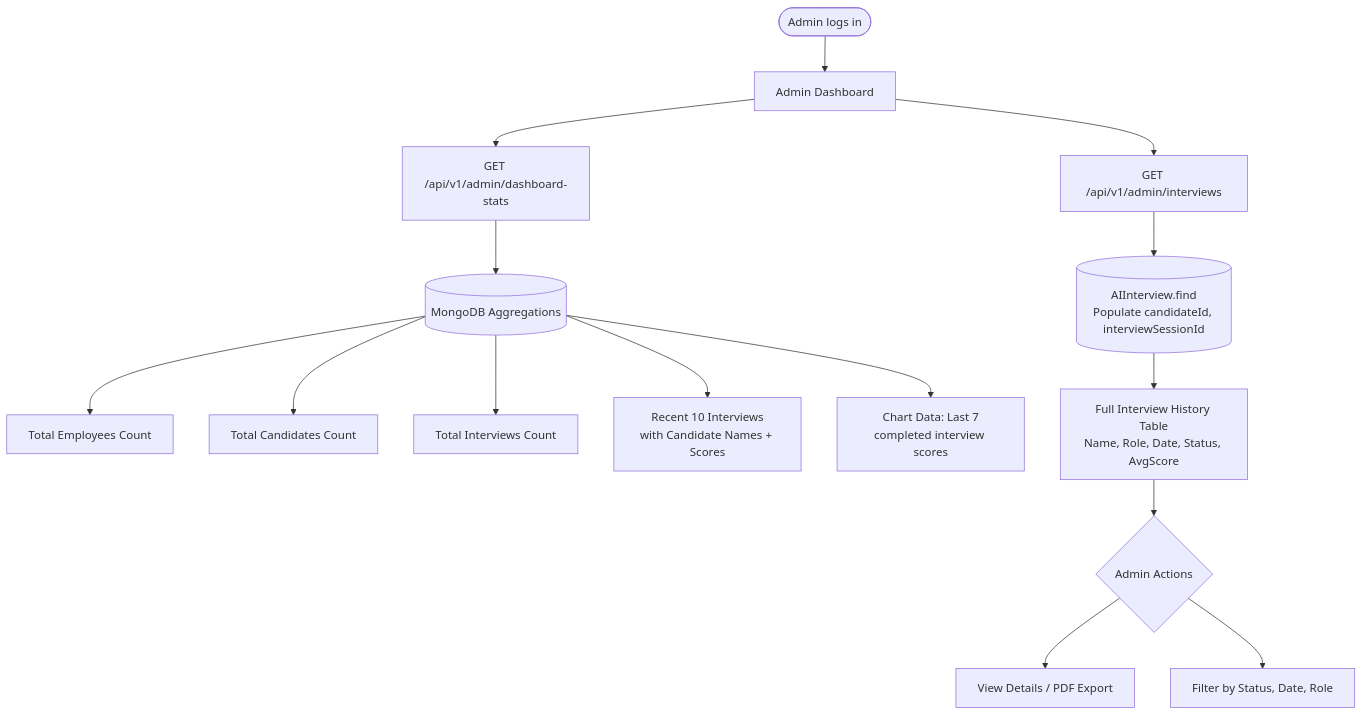
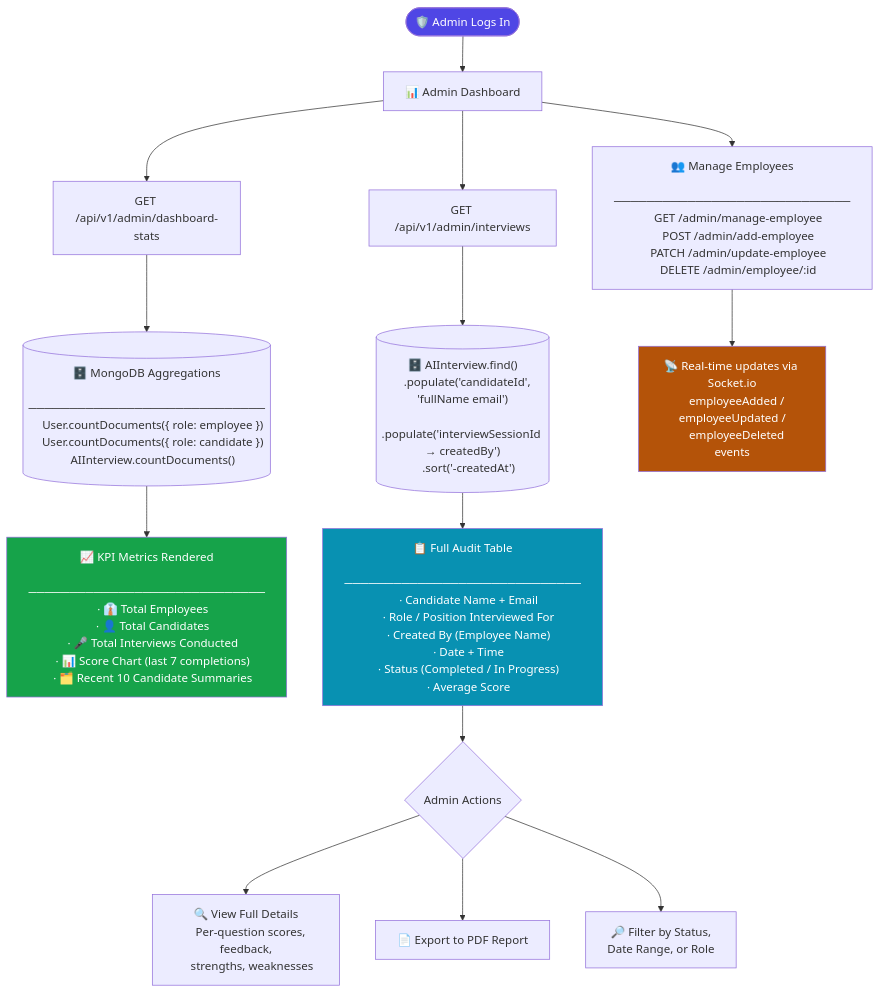
Before and after one commit to Final-Year-Project-UCP/VIRQA-Project: the tenth of 11 diagrams in VIRQA_AI_Flow_Diagram.md, drawn with Mermaid. The commit also changed other lines of this file and 42 other files, not shown here.

````diff
--- a/VIRQA_AI_Flow_Diagram.md
+++ b/VIRQA_AI_Flow_Diagram.md
@@ -223,19 +727,60 @@
 ```mermaid
 flowchart TD
-    A([Admin logs in]) --> B[Admin Dashboard]
-    B --> C["GET /api/v1/admin/dashboard-stats"]
-    C --> D[(MongoDB Aggregations)]
-    D --> E[Total Employees Count]
-    D --> F[Total Candidates Count]
-    D --> G[Total Interviews Count]
-    D --> H[Recent 10 Interviews\nwith Candidate Names + Scores]
-    D --> I[Chart Data: Last 7\ncompleted interview scores]
+    START(["🛡️ Admin Logs In"]) --> DASH
 
-    B --> J["GET /api/v1/admin/interviews"]
-    J --> K[(AIInterview.find\nPopulate candidateId, interviewSessionId)]
-    K --> L[Full Interview History Table\nName, Role, Date, Status, AvgScore]
+    DASH["📊 Admin Dashboard"]
 
-    L --> M{Admin Actions}
-    M --> N[View Details / PDF Export]
-    M --> O[Filter by Status, Date, Role]
+    DASH --> STATS_API["GET /api/v1/admin/dashboard-stats"]
+    STATS_API --> STATS_DB[("🗄️ MongoDB Aggregations
+    ─────────────────────────────
+    User.countDocuments({ role: employee })
+    User.countDocuments({ role: candidate })
+    AIInterview.countDocuments()")]
+
+    STATS_DB --> METRICS["📈 KPI Metrics Rendered
+    ─────────────────────────────
+    · 👔 Total Employees
+    · 👤 Total Candidates
+    · 🎤 Total Interviews Conducted
+    · 📊 Score Chart (last 7 completions)
+    · 🗂️ Recent 10 Candidate Summaries"]
+
+    DASH --> HIST_API["GET /api/v1/admin/interviews"]
+    HIST_API --> HIST_DB[("🗄️ AIInterview.find()
+    .populate('candidateId', 'fullName email')
+    .populate('interviewSessionId → createdBy')
+    .sort('-createdAt')")]
+
+    HIST_DB --> TABLE["📋 Full Audit Table
+    ─────────────────────────────
+    · Candidate Name + Email
+    · Role / Position Interviewed For
+    · Created By (Employee Name)
+    · Date + Time
+    · Status (Completed / In Progress)
+    · Average Score"]
+
+    TABLE --> ACTIONS{"Admin Actions"}
+    ACTIONS --> VIEW["🔍 View Full Details
+    Per-question scores, feedback,
+    strengths, weaknesses"]
+    ACTIONS --> PDF["📄 Export to PDF Report"]
+    ACTIONS --> FILTER["🔎 Filter by Status,
+    Date Range, or Role"]
+
+    DASH --> EMP_MGMT["👥 Manage Employees
+    ─────────────────────────────
+    GET /admin/manage-employee
+    POST /admin/add-employee
+    PATCH /admin/update-employee
+    DELETE /admin/employee/:id"]
+
+    EMP_MGMT --> SOCKET_EMP["📡 Real-time updates via Socket.io
+    employeeAdded / employeeUpdated /
+    employeeDeleted events"]
+
+    style START fill:#4f46e5,color:#fff
+    style METRICS fill:#16a34a,color:#fff
+    style TABLE fill:#0891b2,color:#fff
+    style SOCKET_EMP fill:#b45309,color:#fff
 ```
````
